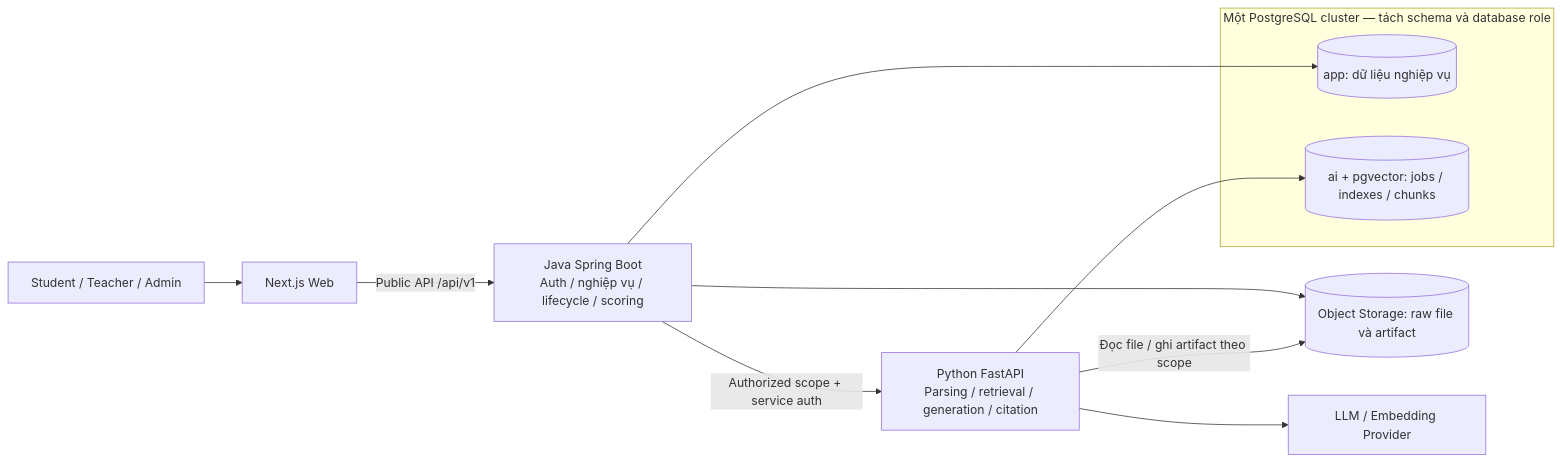
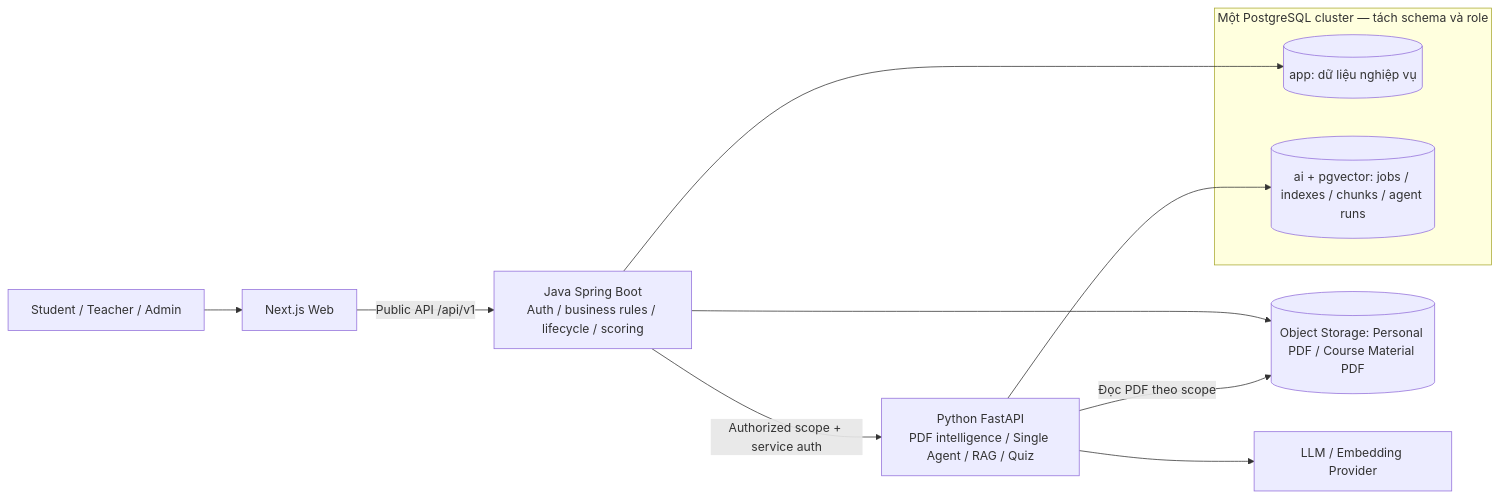
The diagram in docs/diagrams/chuong-3/component-01-kien-truc-he-thong.mmd (bch7504/DATN), drawn with Mermaid before and after one commit. The commit also changed 128 other files, not shown here.

Commit message:
feat: align StudyFlow with PDF AI assistant flow

```diff
--- a/docs/diagrams/chuong-3/component-01-kien-truc-he-thong.mmd
+++ b/docs/diagrams/chuong-3/component-01-kien-truc-he-thong.mmd
@@ -1,13 +1,13 @@
 flowchart LR
   U["Student / Teacher / Admin"] --> W["Next.js Web"]
-  W -->|Public API /api/v1| J["Java Spring Boot<br/>Auth / nghiệp vụ / lifecycle / scoring"]
-  J -->|Authorized scope + service auth| P["Python FastAPI<br/>Parsing / retrieval / generation / citation"]
-  subgraph PG["Một PostgreSQL cluster — tách schema và database role"]
+  W -->|Public API /api/v1| J["Java Spring Boot<br/>Auth / business rules / lifecycle / scoring"]
+  J -->|Authorized scope + service auth| P["Python FastAPI<br/>PDF intelligence / Single Agent / RAG / Quiz"]
+  subgraph PG["Một PostgreSQL cluster — tách schema và role"]
     APP[("app: dữ liệu nghiệp vụ")]
-    AI[("ai + pgvector: jobs / indexes / chunks")]
+    AI[("ai + pgvector: jobs / indexes / chunks / agent runs")]
   end
   J --> APP
   P --> AI
-  J --> O[("Object Storage: raw file và artifact")]
-  P -->|Đọc file / ghi artifact theo scope| O
+  J --> O[("Object Storage: Personal PDF / Course Material PDF")]
+  P -->|Đọc PDF theo scope| O
   P --> L["LLM / Embedding Provider"]
```
